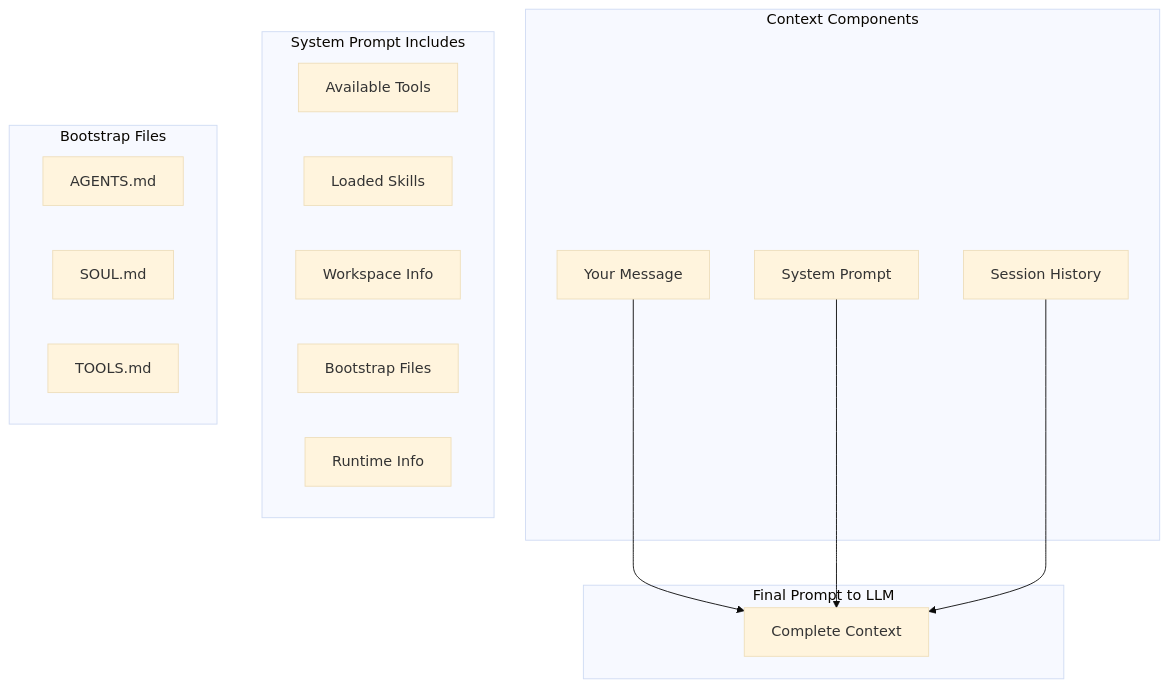
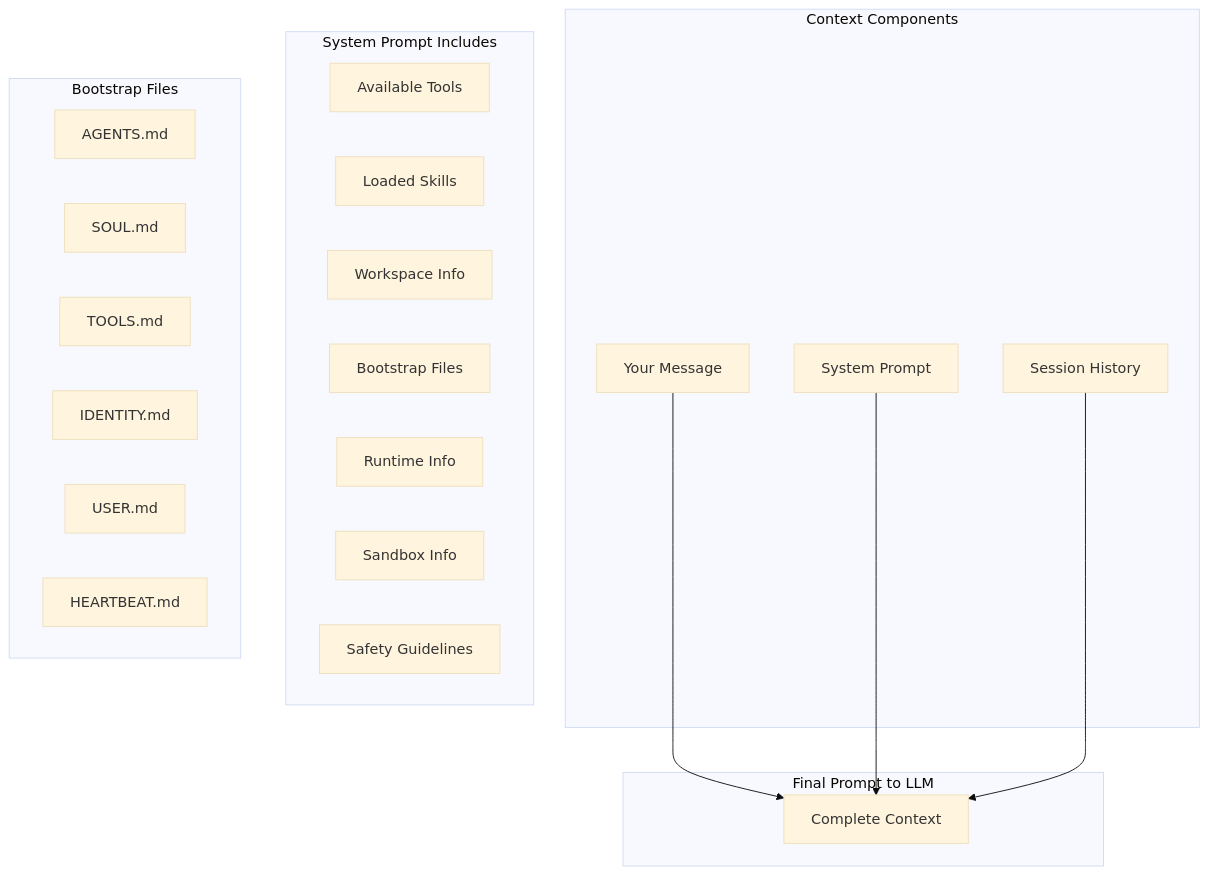
One commit to grl-builder/clawdbot-notes changed the second of 3 diagrams in agent-context-and-runtime.md. Above: the diagram before and after it, drawn with Mermaid (base theme). The commit also changed other lines of this file and 4 other files, not shown here.

````diff
--- a/agent-context-and-runtime.md
+++ b/agent-context-and-runtime.md
@@ -52,26 +52,31 @@
 ```mermaid
 graph TB
     subgraph assembled [Final Prompt to LLM]
         F[Complete Context]
     end
     
     subgraph components [Context Components]
         A[Your Message] --> F
         B[System Prompt] --> F
         C[Session History] --> F
     end
     
     subgraph sysPromptDetails [System Prompt Includes]
         B1[Available Tools]
         B2[Loaded Skills]
         B3[Workspace Info]
         B4[Bootstrap Files]
         B5[Runtime Info]
+        B6[Sandbox Info]
+        B7[Safety Guidelines]
     end
     
     subgraph bootstrapDetails [Bootstrap Files]
         D1[AGENTS.md]
         D2[SOUL.md]
         D3[TOOLS.md]
+        D4[IDENTITY.md]
+        D5[USER.md]
+        D6[HEARTBEAT.md]
     end
 ```
````
